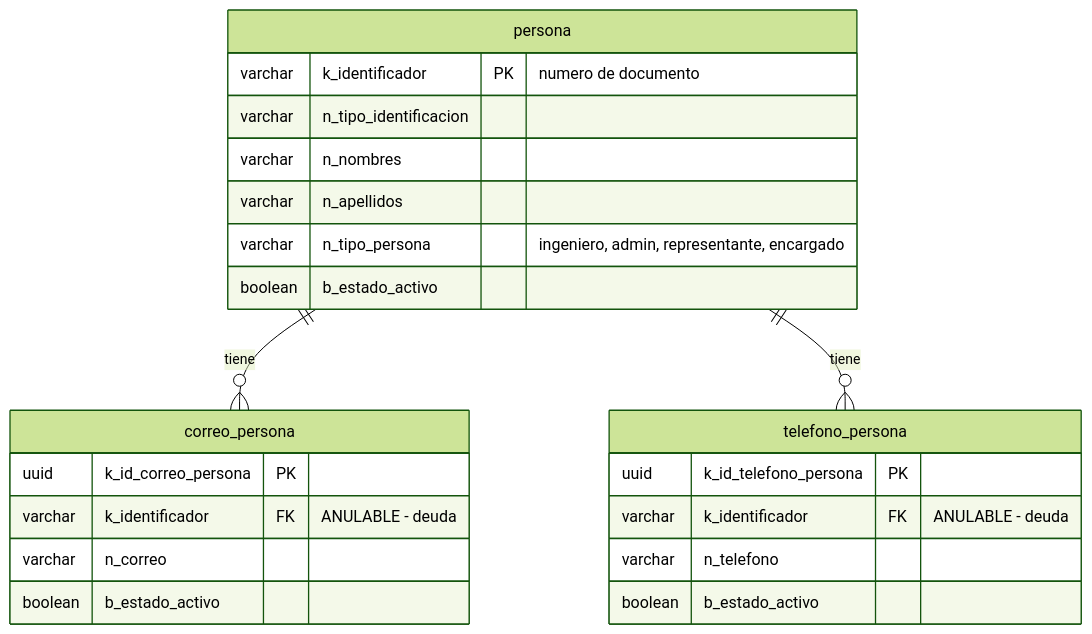
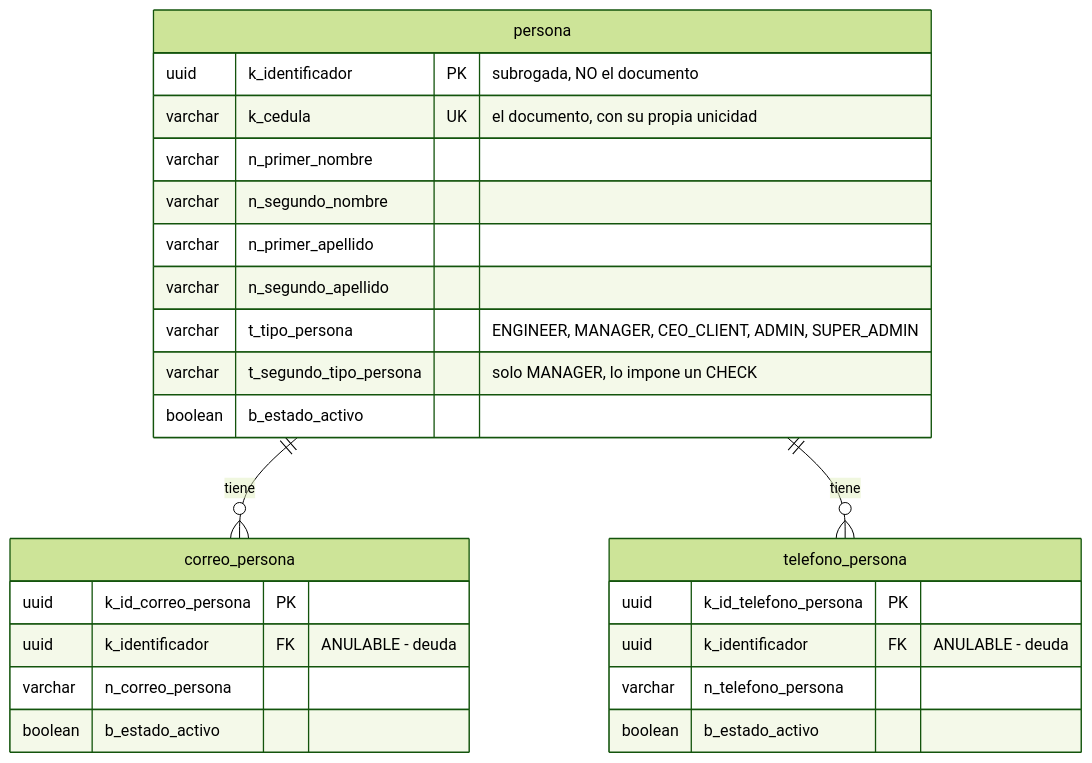
The third of 8 diagrams in SecondBrain/wiki/base-de-datos/esquema-bd-malphasos.md (SeanBol222/MalphasOs), drawn with Mermaid (forest theme) before and after one commit. The commit also changed other lines of this file and 8 other files, not shown here.

````diff
--- a/SecondBrain/wiki/base-de-datos/esquema-bd-malphasos.md
+++ b/SecondBrain/wiki/base-de-datos/esquema-bd-malphasos.md
@@ -109,25 +147,28 @@
 ```mermaid
 erDiagram
     persona ||--o{ correo_persona : "tiene"
     persona ||--o{ telefono_persona : "tiene"
     persona {
-        varchar k_identificador PK "numero de documento"
-        varchar n_tipo_identificacion
-        varchar n_nombres
-        varchar n_apellidos
-        varchar n_tipo_persona "ingeniero, admin, representante, encargado"
+        uuid k_identificador PK "subrogada, NO el documento"
+        varchar k_cedula UK "el documento, con su propia unicidad"
+        varchar n_primer_nombre
+        varchar n_segundo_nombre
+        varchar n_primer_apellido
+        varchar n_segundo_apellido
+        varchar t_tipo_persona "ENGINEER, MANAGER, CEO_CLIENT, ADMIN, SUPER_ADMIN"
+        varchar t_segundo_tipo_persona "solo MANAGER, lo impone un CHECK"
         boolean b_estado_activo
     }
     correo_persona {
         uuid k_id_correo_persona PK
-        varchar k_identificador FK "ANULABLE - deuda"
-        varchar n_correo
+        uuid k_identificador FK "ANULABLE - deuda"
+        varchar n_correo_persona
         boolean b_estado_activo
     }
     telefono_persona {
         uuid k_id_telefono_persona PK
-        varchar k_identificador FK "ANULABLE - deuda"
-        varchar n_telefono
+        uuid k_identificador FK "ANULABLE - deuda"
+        varchar n_telefono_persona
         boolean b_estado_activo
     }
 ```
````
